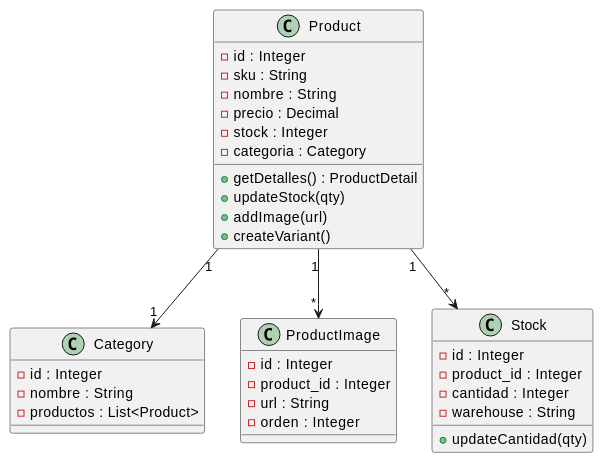
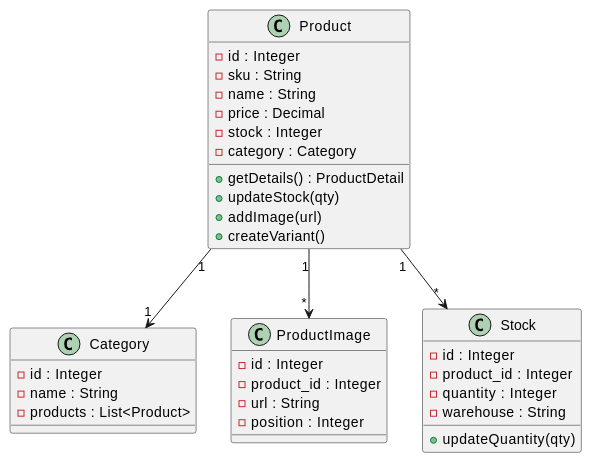
Before and after one commit to jcg-admin/IACT-docs: the fourth of 7 diagrams in source/normativa/estandares/metodologia-analisis-dominio-ucs.rst, drawn with PlantUML. The commit also changed other lines of this file, not shown here.

```diff
--- a/source/normativa/estandares/metodologia-analisis-dominio-ucs.rst
+++ b/source/normativa/estandares/metodologia-analisis-dominio-ucs.rst
@@ -453,42 +453,42 @@
 .. uml::
 
    @startuml
 
    class Product {
      - id : Integer
      - sku : String
-     - nombre : String
-     - precio : Decimal
+     - name : String
+     - price : Decimal
      - stock : Integer
-     - categoria : Category
-     + getDetalles() : ProductDetail
+     - category : Category
+     + getDetails() : ProductDetail
      + updateStock(qty)
      + addImage(url)
      + createVariant()
    }
 
    class Category {
      - id : Integer
-     - nombre : String
-     - productos : List<Product>
+     - name : String
+     - products : List<Product>
    }
 
    class ProductImage {
      - id : Integer
      - product_id : Integer
      - url : String
-     - orden : Integer
+     - position : Integer
    }
 
    class Stock {
      - id : Integer
      - product_id : Integer
-     - cantidad : Integer
+     - quantity : Integer
      - warehouse : String
-     + updateCantidad(qty)
+     + updateQuantity(qty)
    }
 
    Product "1" --> "*" ProductImage
    Product "1" --> "*" Stock
    Product "1" --> "1" Category
    @enduml
```
